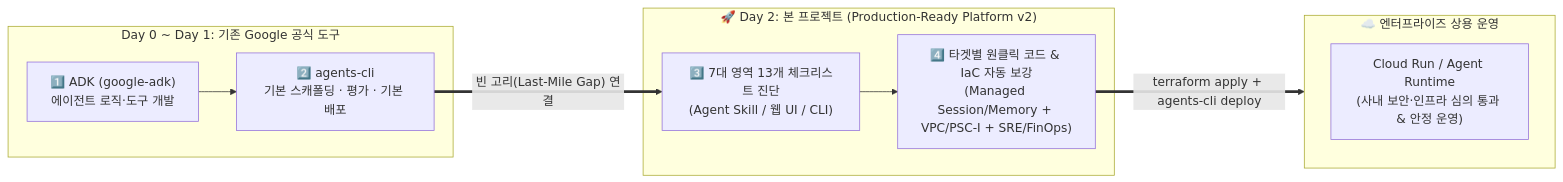
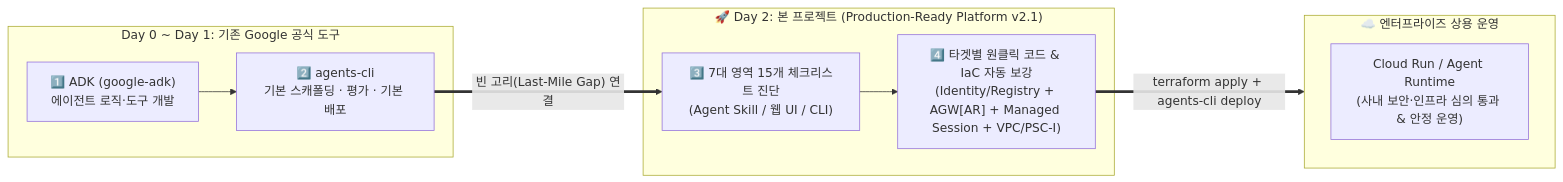
One commit to kiwonilee/production-ready-agent-platform changed the diagram in README.md. Above: the diagram before and after it, drawn with Mermaid. The commit also changed other lines of this file and 17 other files, not shown here.

````diff
--- a/README.md
+++ b/README.md
@@ -35,21 +38,21 @@
 ```mermaid
 flowchart LR
     subgraph Day0_1["Day 0 ~ Day 1: 기존 Google 공식 도구"]
         ADK["1️⃣ ADK (google-adk)<br/>에이전트 로직·도구 개발"]
         ACLI["2️⃣ agents-cli<br/>기본 스캐폴딩 · 평가 · 기본 배포"]
         ADK --> ACLI
     end
 
-    subgraph OurProject["🚀 Day 2: 본 프로젝트 (Production-Ready Platform v2)"]
-        Check["3️⃣ 7대 영역 13개 체크리스트 진단<br/>(Agent Skill / 웹 UI / CLI)"]
-        Patch["4️⃣ 타겟별 원클릭 코드 & IaC 자동 보강<br/>(Managed Session/Memory + VPC/PSC-I + SRE/FinOps)"]
+    subgraph OurProject["🚀 Day 2: 본 프로젝트 (Production-Ready Platform v2.1)"]
+        Check["3️⃣ 7대 영역 15개 체크리스트 진단<br/>(Agent Skill / 웹 UI / CLI)"]
+        Patch["4️⃣ 타겟별 원클릭 코드 & IaC 자동 보강<br/>(Identity/Registry + AGW[AR] + Managed Session + VPC/PSC-I)"]
         Check --> Patch
     end
 
     subgraph Prod["☁️ 엔터프라이즈 상용 운영"]
         CR["Cloud Run / Agent Runtime<br/>(사내 보안·인프라 심의 통과 & 안정 운영)"]
     end
 
     ACLI ==>|"빈 고리(Last-Mile Gap) 연결"| Check
     Patch ==>|"terraform apply + agents-cli deploy"| Prod
 ```
````
